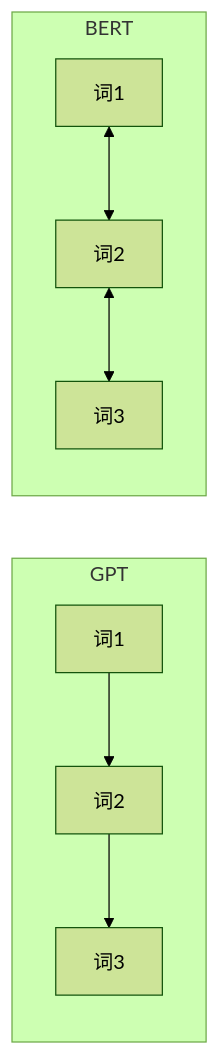
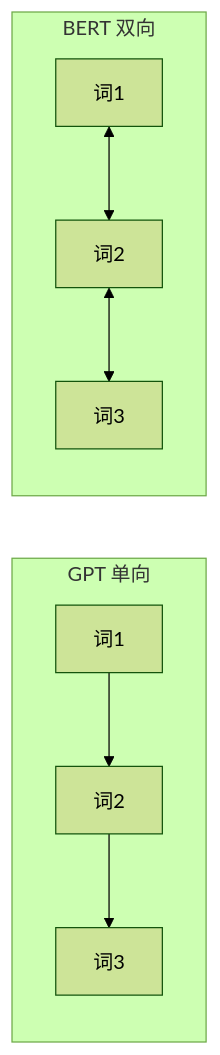
One commit to hxjmmmm/thought-vectors changed the diagram in src/content/docs/notes/models/bert.mdx. Above: the diagram before and after it, drawn with Mermaid (forest theme). The commit also changed other lines of this file and 2 other files, not shown here.

First line of the commit message:
继续充实：GPT、BERT 深度改写 + Transformer 目录优化

````diff
--- a/src/content/docs/notes/models/bert.mdx
+++ b/src/content/docs/notes/models/bert.mdx
@@ -12,9 +12,9 @@
 ```mermaid
 flowchart LR
-    subgraph GPT
+    subgraph GPT 单向
     A1[词1] --> A2[词2] --> A3[词3]
     end
-    subgraph BERT
+    subgraph BERT 双向
     B1[词1] <--> B2[词2] <--> B3[词3]
     end
 ```
````
